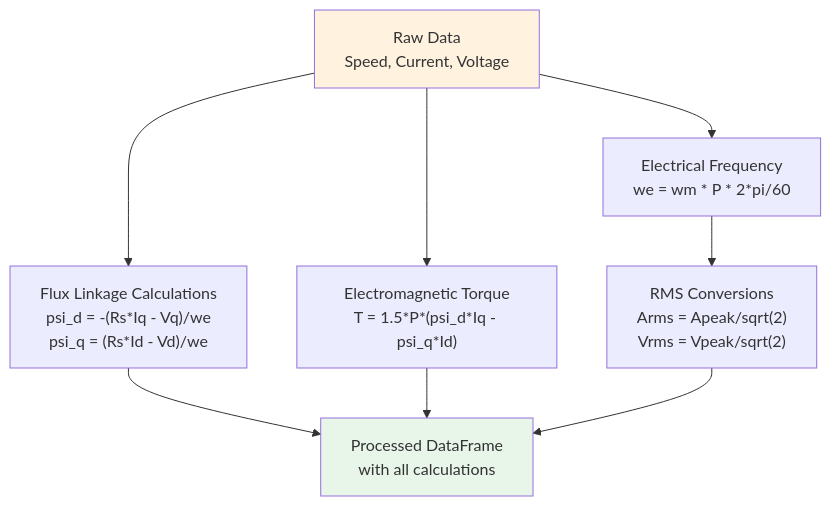
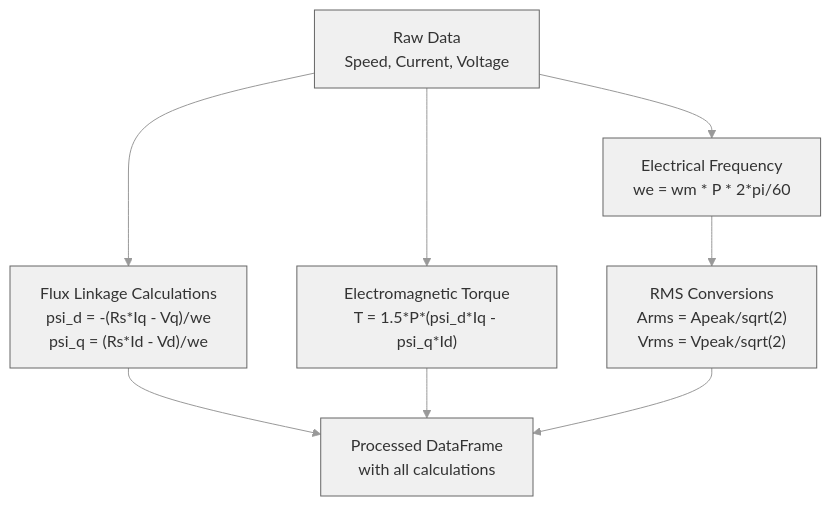
The third of 3 diagrams in docs/README.md (seanbf/tableGen), drawn with Mermaid before and after one commit. The commit also changed other lines of this file, not shown here.

Commit message:
Update mermaid diagrams with theme configuration for dark/light mode compatibility

````diff
--- a/docs/README.md
+++ b/docs/README.md
@@ -103,14 +93,12 @@
 ```mermaid
+%%{init: {'theme':'base', 'themeVariables': { 'primaryColor':'#f0f0f0', 'primaryTextColor':'#333', 'primaryBorderColor':'#666', 'lineColor':'#999', 'secondBkgColor':'#e8e8e8', 'tertiaryColor':'#fff'}}}%%
 graph TD
     RAW["Raw Data<br/>Speed, Current, Voltage"] --> FREQ["Electrical Frequency<br/>we = wm * P * 2*pi/60"]
     RAW --> FLUX["Flux Linkage Calculations<br/>psi_d = -(Rs*Iq - Vq)/we<br/>psi_q = (Rs*Id - Vd)/we"]
     RAW --> TRQ["Electromagnetic Torque<br/>T = 1.5*P*(psi_d*Iq - psi_q*Id)"]
     FREQ --> RMS["RMS Conversions<br/>Arms = Apeak/sqrt(2)<br/>Vrms = Vpeak/sqrt(2)"]
     
     FLUX --> OUT["Processed DataFrame<br/>with all calculations"]
     TRQ --> OUT
     RMS --> OUT
-    
-    style RAW fill:#fff3e0
-    style OUT fill:#e8f5e9
 ```
````
